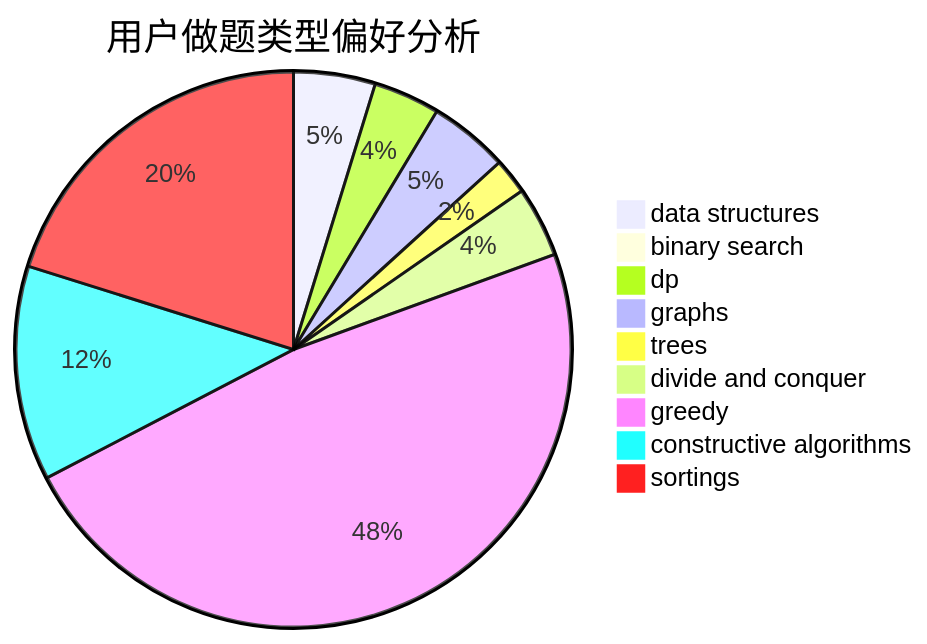
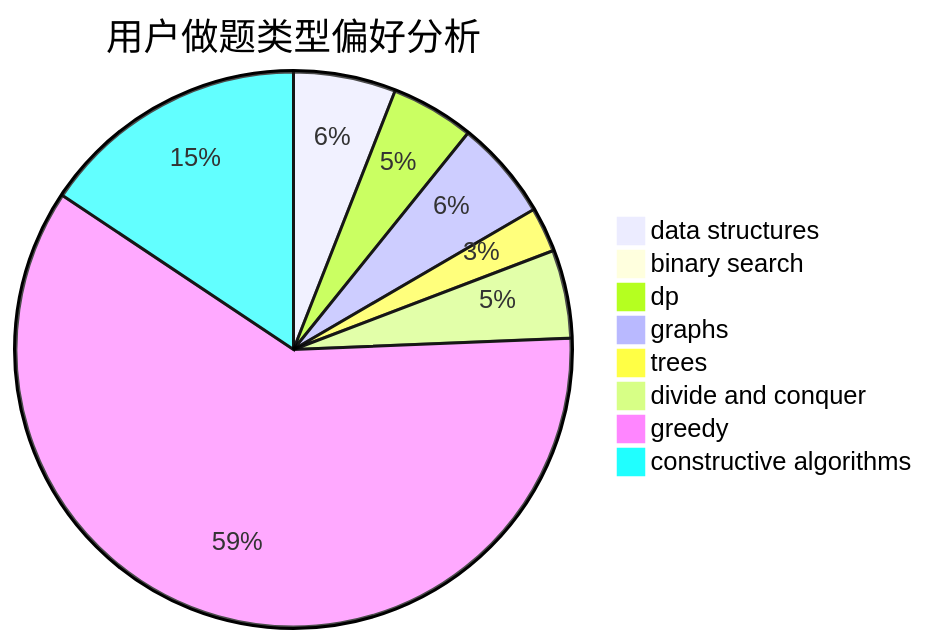
The second of 3 diagrams in docs/user/u620.md (sherpahu/cfrs.github.io), drawn with Mermaid before and after one commit. The commit also changed other lines of this file and 2769 other files, not shown here.

````diff
--- a/docs/user/u620.md
+++ b/docs/user/u620.md
@@ -18,12 +18,11 @@
 ```mermaid
 pie title 用户做题类型偏好分析
     "data structures" :  80
     "binary search" :  13
     "dp" :  65
     "graphs" :  78
     "trees" :  35
     "divide and conquer" :  69
     "greedy" :  806
     "constructive algorithms" :  210
-    "sortings" :  339
 ```
````
